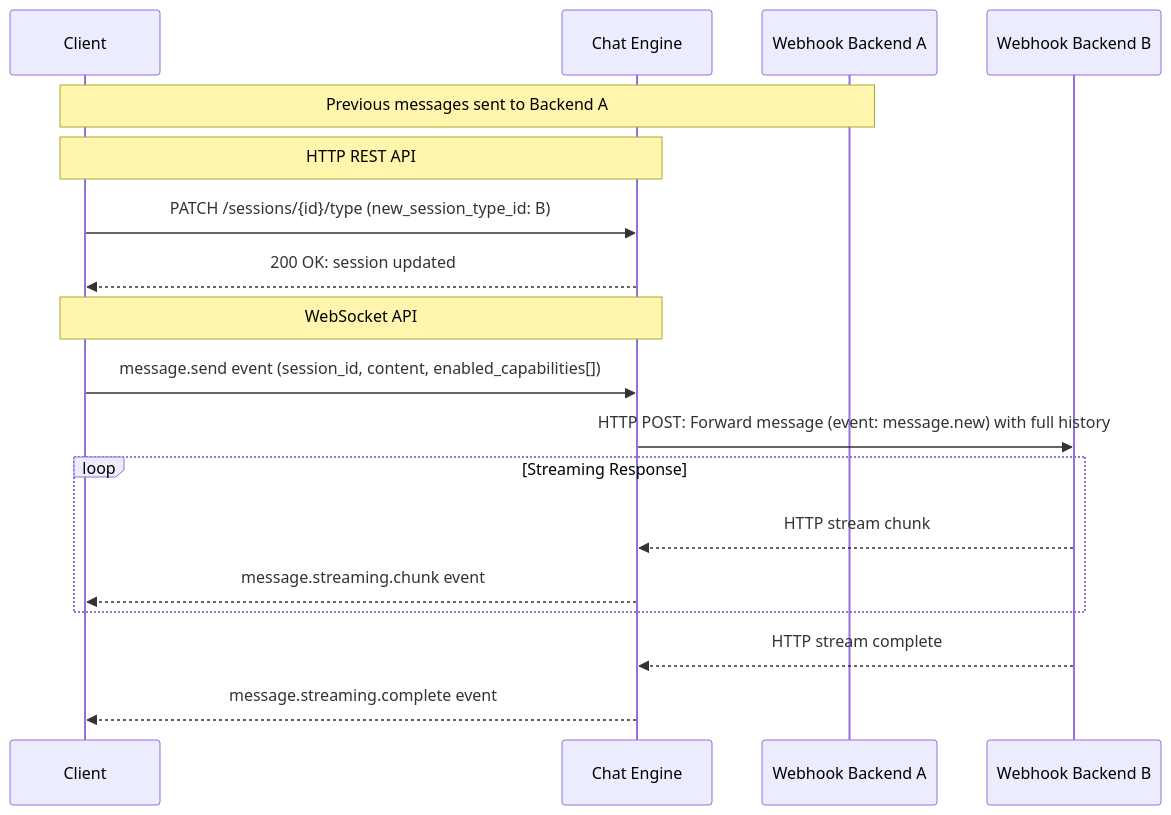
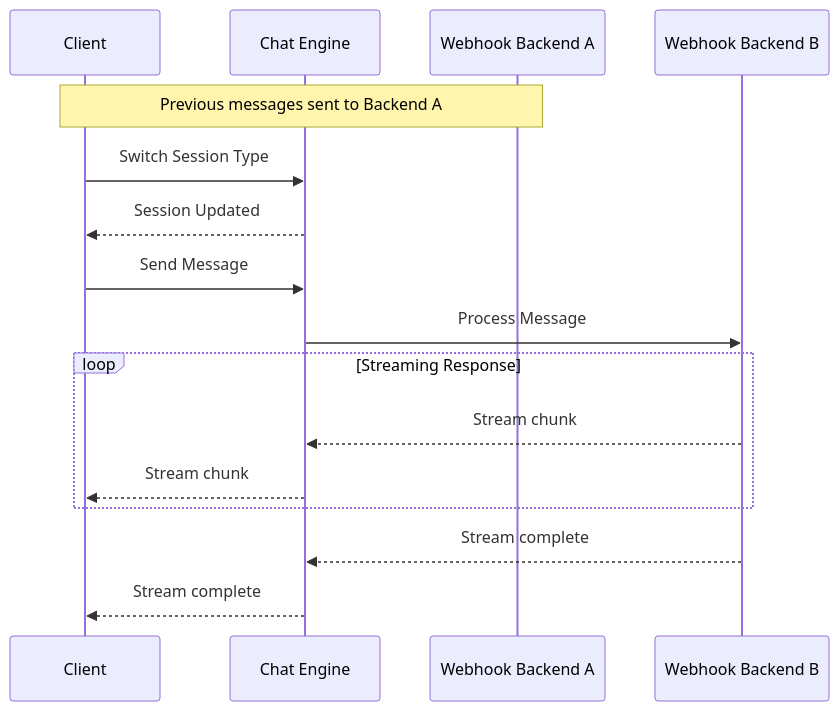
Before and after one commit to hypernetix/hyperspot: the fifth of 16 diagrams in modules/chat_engine/DESIGN.md, drawn with Mermaid. The commit also changed other lines of this file and 25 other files, not shown here.

````diff
--- a/modules/chat_engine/DESIGN.md
+++ b/modules/chat_engine/DESIGN.md
@@ -576,25 +538,23 @@
 ```mermaid
 sequenceDiagram
     participant Client
     participant Chat Engine
     participant Webhook Backend A
     participant Webhook Backend B
 
     Note over Client,Webhook Backend A: Previous messages sent to Backend A
 
-    Note over Client,Chat Engine: HTTP REST API
-    Client->>Chat Engine: PATCH /sessions/{id}/type (new_session_type_id: B)
-    Chat Engine-->>Client: 200 OK: session updated
+    Client->>Chat Engine: Switch Session Type
+    Chat Engine-->>Client: Session Updated
 
-    Note over Client,Chat Engine: WebSocket API
-    Client->>Chat Engine: message.send event (session_id, content, enabled_capabilities[])
-    Chat Engine->>Webhook Backend B: HTTP POST: Forward message (event: message.new) with full history
+    Client->>Chat Engine: Send Message
+    Chat Engine->>Webhook Backend B: Process Message
 
     loop Streaming Response
-        Webhook Backend B-->>Chat Engine: HTTP stream chunk
-        Chat Engine-->>Client: message.streaming.chunk event
+        Webhook Backend B-->>Chat Engine: Stream chunk
+        Chat Engine-->>Client: Stream chunk
     end
 
-    Webhook Backend B-->>Chat Engine: HTTP stream complete
-    Chat Engine-->>Client: message.streaming.complete event
+    Webhook Backend B-->>Chat Engine: Stream complete
+    Chat Engine-->>Client: Stream complete
 ```
````
